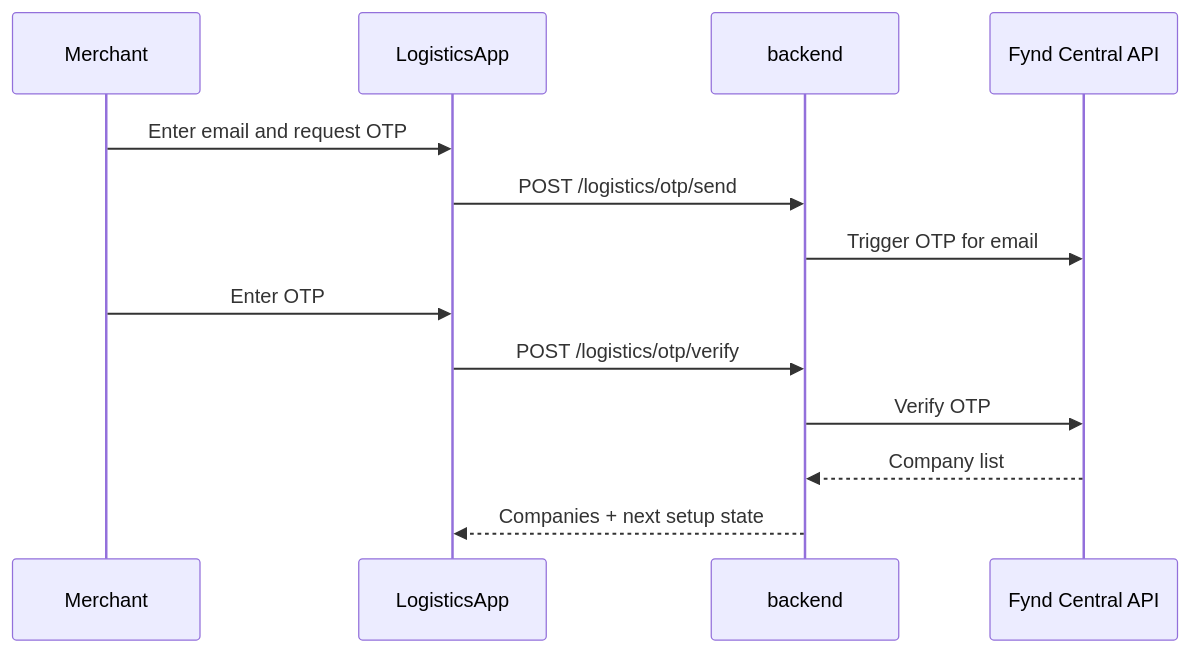
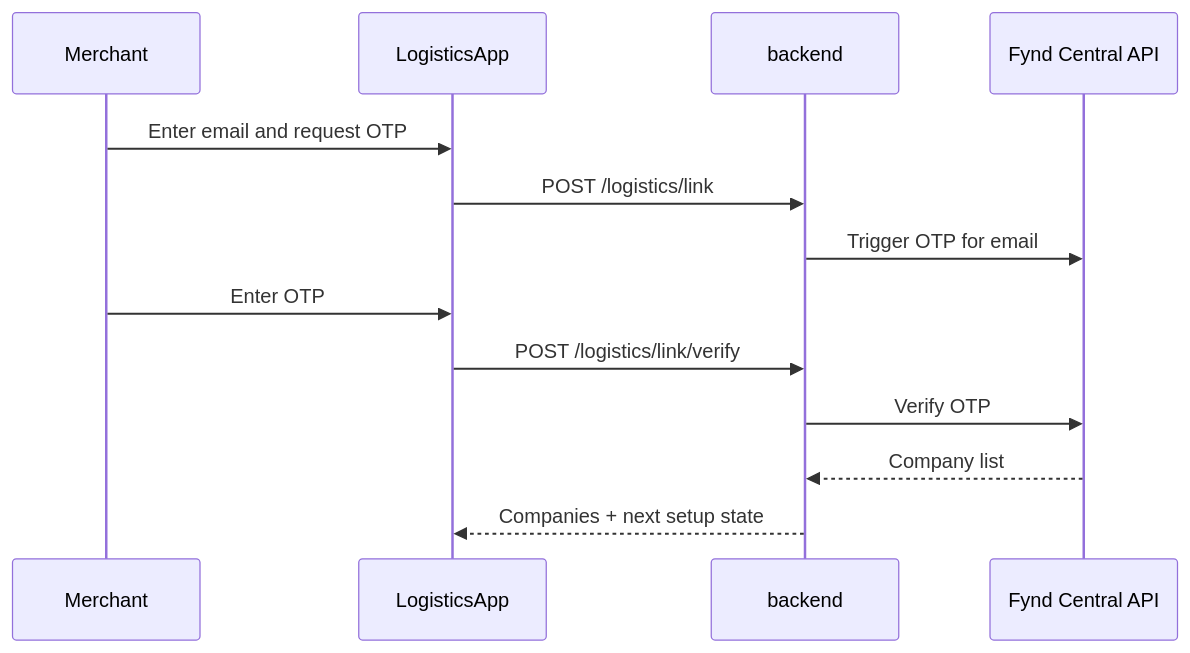
One commit to princesaliya4922/fynd-logistics-docs changed the fourth of 4 diagrams in docs/02-architecture/authentication.md. Above: the diagram before and after it, drawn with Mermaid. The commit also changed other lines of this file and 48 other files, not shown here.

````diff
--- a/docs/02-architecture/authentication.md
+++ b/docs/02-architecture/authentication.md
@@ -149,16 +181,16 @@
 ```mermaid
 sequenceDiagram
     participant Merchant
     participant LogisticsApp
     participant Backend as backend
     participant Central as Fynd Central API
 
     Merchant->>LogisticsApp: Enter email and request OTP
-    LogisticsApp->>Backend: POST /logistics/otp/send
+    LogisticsApp->>Backend: POST /logistics/link
     Backend->>Central: Trigger OTP for email
     Merchant->>LogisticsApp: Enter OTP
-    LogisticsApp->>Backend: POST /logistics/otp/verify
+    LogisticsApp->>Backend: POST /logistics/link/verify
     Backend->>Central: Verify OTP
     Central-->>Backend: Company list
     Backend-->>LogisticsApp: Companies + next setup state
 ```
````
